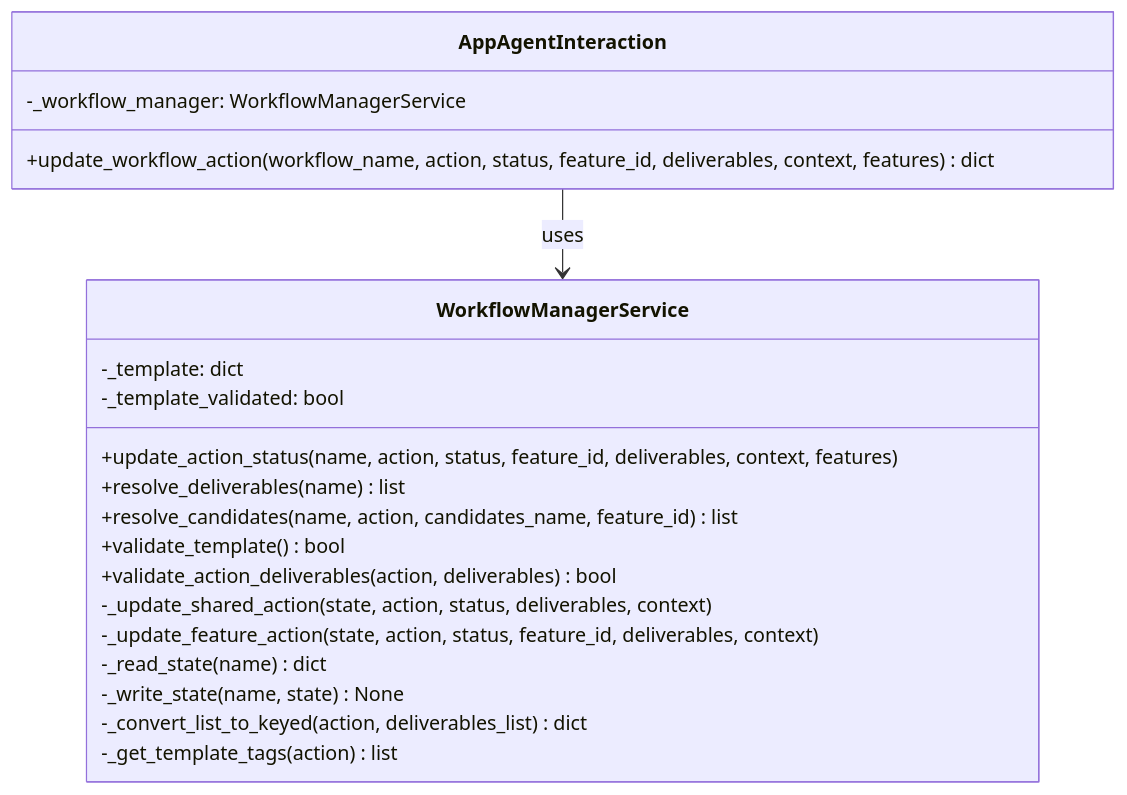
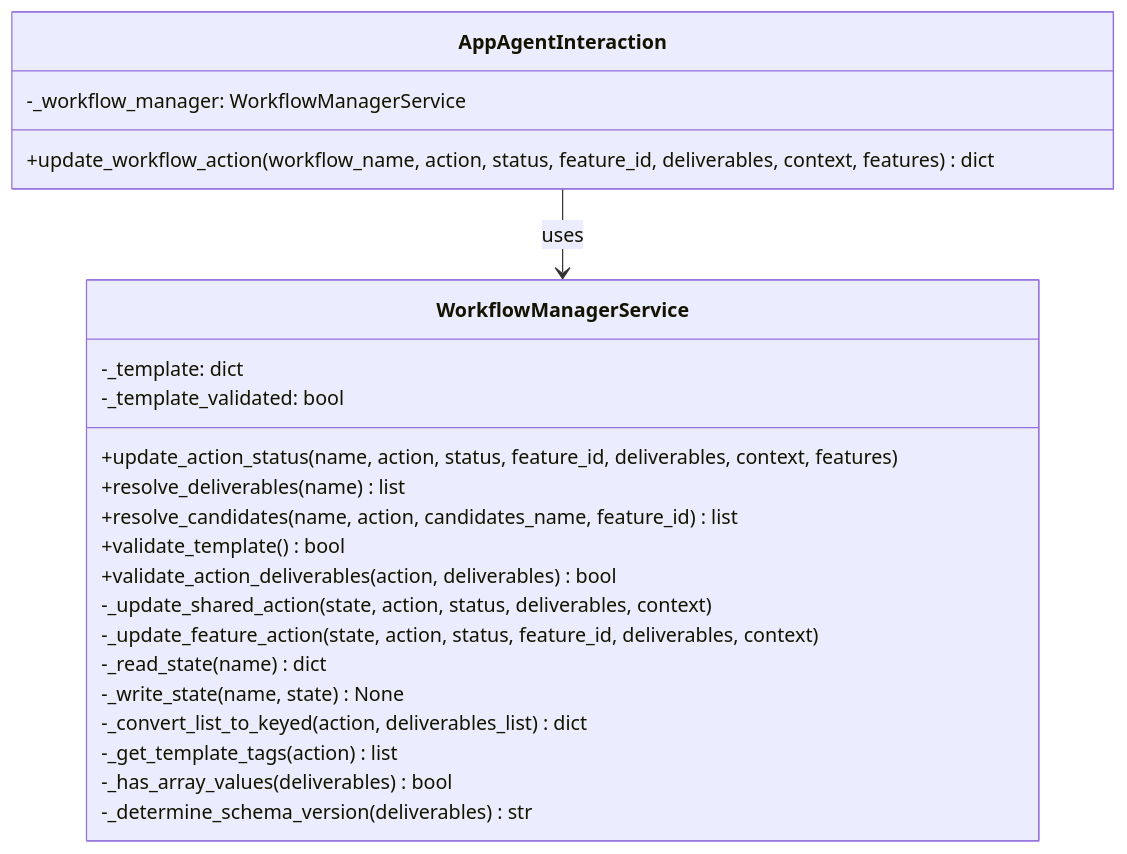
One commit to Young-Z/X-IPE changed the second of 2 diagrams in x-ipe-docs/requirements/EPIC-041/FEATURE-041-E/technical-design.md. Above: the diagram before and after it, drawn with Mermaid. The commit also changed other lines of this file and 163 other files, not shown here.

````diff
--- a/x-ipe-docs/requirements/EPIC-041/FEATURE-041-E/technical-design.md
+++ b/x-ipe-docs/requirements/EPIC-041/FEATURE-041-E/technical-design.md
@@ -108,25 +139,27 @@
 ```mermaid
 classDiagram
     class WorkflowManagerService {
         -_template: dict
         -_template_validated: bool
         +update_action_status(name, action, status, feature_id, deliverables, context, features)
         +resolve_deliverables(name) list
         +resolve_candidates(name, action, candidates_name, feature_id) list
         +validate_template() bool
         +validate_action_deliverables(action, deliverables) bool
         -_update_shared_action(state, action, status, deliverables, context)
         -_update_feature_action(state, action, status, feature_id, deliverables, context)
         -_read_state(name) dict
         -_write_state(name, state) None
         -_convert_list_to_keyed(action, deliverables_list) dict
         -_get_template_tags(action) list
+        -_has_array_values(deliverables) bool
+        -_determine_schema_version(deliverables) str
     }
 
     class AppAgentInteraction {
         -_workflow_manager: WorkflowManagerService
         +update_workflow_action(workflow_name, action, status, feature_id, deliverables, context, features) dict
     }
 
     AppAgentInteraction --> WorkflowManagerService : uses
 ```
````
